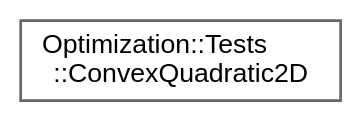
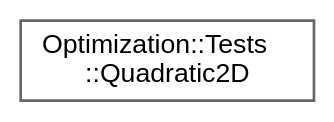
Before and after one commit to jswoo0615/Algorithms_for_Optimization_cpp: the diagram in inherit_graph_75.dot, drawn with Graphviz. The commit also changed 121 other files, not shown here.

```diff
--- a/inherit_graph_75.dot
+++ b/inherit_graph_75.dot
@@ -1,9 +1,9 @@
 digraph "Graphical Class Hierarchy"
 {
  // LATEX_PDF_SIZE
   bgcolor="transparent";
   edge [fontname=Helvetica,fontsize=10,labelfontname=Helvetica,labelfontsize=10];
   node [fontname=Helvetica,fontsize=10,shape=box,height=0.2,width=0.4];
   rankdir="LR";
-  Node0 [id="Node000000",label="Optimization::Tests\l::ConvexQuadratic2D",height=0.2,width=0.4,color="grey40", fillcolor="white", style="filled",URL="$structOptimization_1_1Tests_1_1ConvexQuadratic2D.html",tooltip=" "];
+  Node0 [id="Node000000",label="Optimization::Tests\l::Quadratic2D",height=0.2,width=0.4,color="grey40", fillcolor="white", style="filled",URL="$structOptimization_1_1Tests_1_1Quadratic2D.html",tooltip=" "];
 }
```
